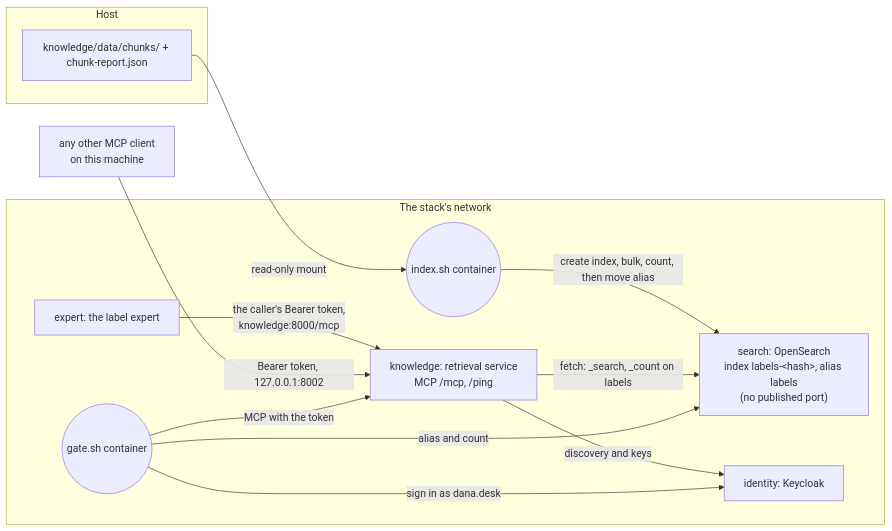
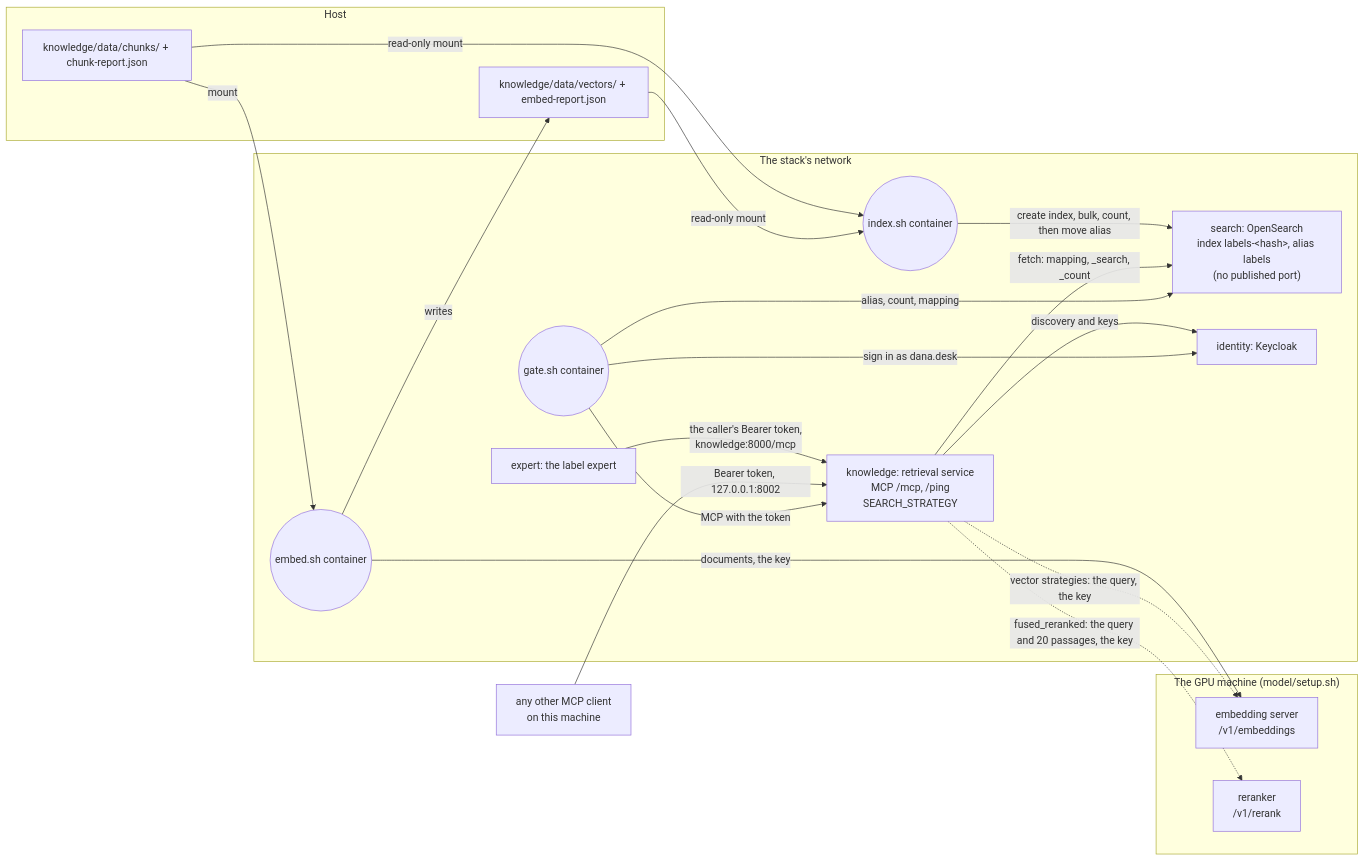
One commit to AndrewPHunter/ai-on-aws changed the fifth of 5 diagrams in docs/architecture/knowledge.md. Above: the diagram before and after it, drawn with Mermaid. The commit also changed other lines of this file and 50 other files, not shown here.

First line of the commit message:
Label search: vectors, fusion by rank, and reranking, chosen by a setting

````diff
--- a/docs/architecture/knowledge.md
+++ b/docs/architecture/knowledge.md
@@ -133,24 +133,36 @@
 ```mermaid
 flowchart LR
     subgraph Host
         CK["knowledge/data/chunks/ + chunk-report.json"]
+        VK["knowledge/data/vectors/ + embed-report.json"]
     end
     subgraph Net["The stack's network"]
+        EX(("embed.sh container"))
         IX(("index.sh container"))
         OS["search: OpenSearch<br/>index labels-&lt;hash&gt;, alias labels<br/>(no published port)"]
-        RS["knowledge: retrieval service<br/>MCP /mcp, /ping"]
+        RS["knowledge: retrieval service<br/>MCP /mcp, /ping<br/>SEARCH_STRATEGY"]
         ID["identity: Keycloak"]
         GT(("gate.sh container"))
         AG["expert: the label expert"]
     end
+    subgraph GPU["The GPU machine (model/setup.sh)"]
+        EM["embedding server<br/>/v1/embeddings"]
+        RR["reranker<br/>/v1/rerank"]
+    end
     MC["any other MCP client<br/>on this machine"]
+    CK -- "mount" --> EX
+    EX -- "documents, the key" --> EM
+    EX -- "writes" --> VK
     CK -- "read-only mount" --> IX
+    VK -- "read-only mount" --> IX
     IX -- "create index, bulk, count, then move alias" --> OS
     AG -- "the caller's Bearer token,<br/>knowledge:8000/mcp" --> RS
     MC -- "Bearer token, 127.0.0.1:8002" --> RS
     RS -- "discovery and keys" --> ID
-    RS -- "fetch: _search, _count on labels" --> OS
+    RS -- "fetch: mapping, _search, _count" --> OS
+    RS -. "vector strategies: the query, the key" .-> EM
+    RS -. "fused_reranked: the query and 20 passages, the key" .-> RR
     GT -- "sign in as dana.desk" --> ID
     GT -- "MCP with the token" --> RS
-    GT -- "alias and count" --> OS
+    GT -- "alias, count, mapping" --> OS
 ```
````
